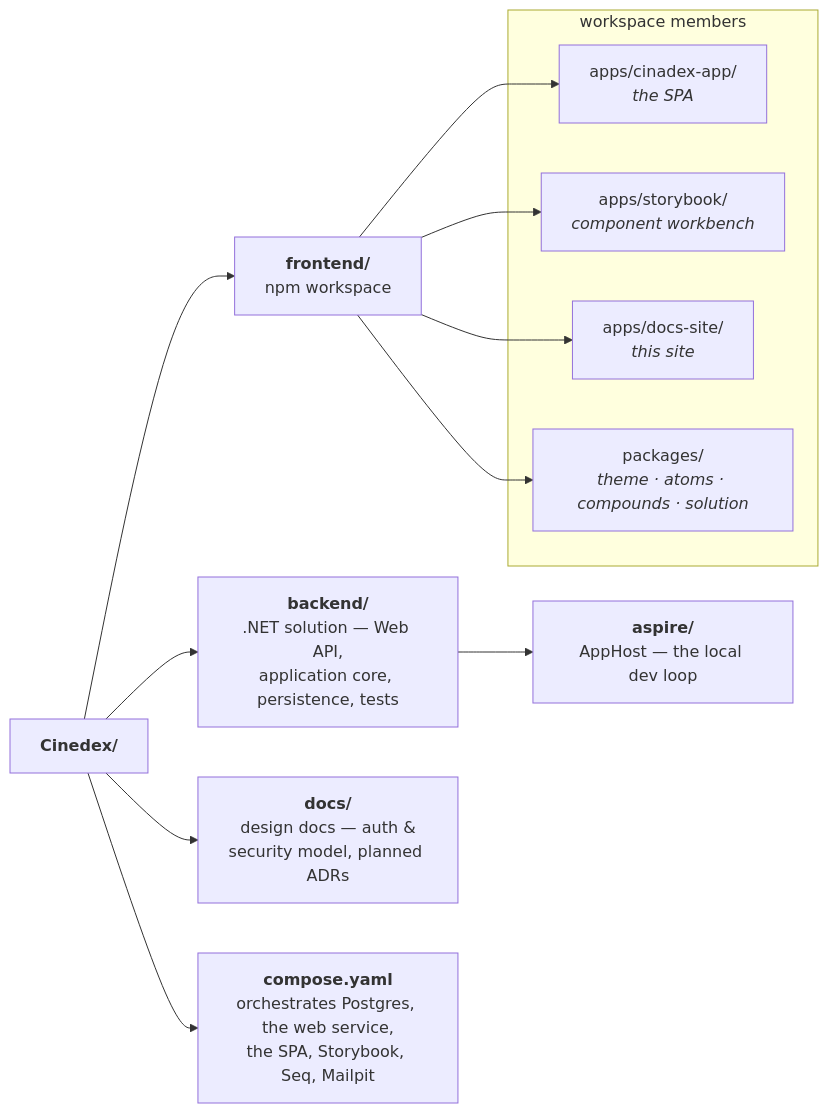
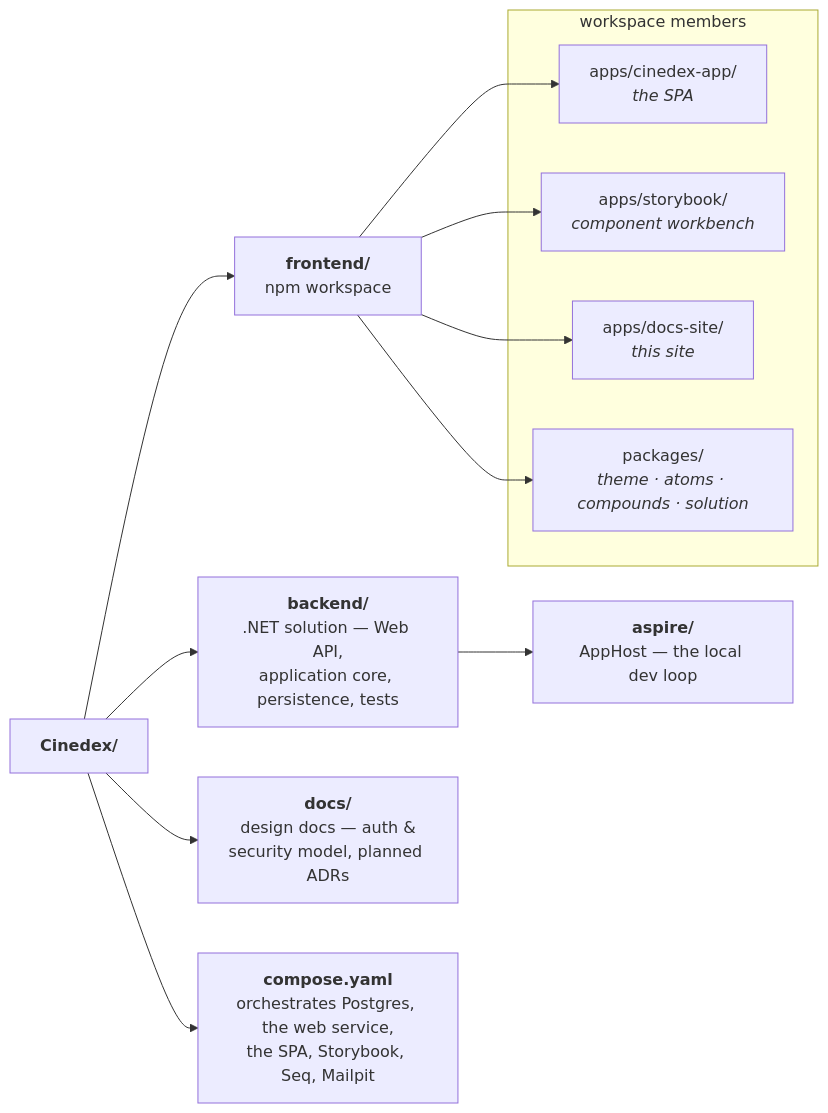
Before and after one commit to felipedferreira/Cinedex: the diagram in frontend/apps/docs-site/docs/features/overview.md, drawn with Mermaid. The commit also changed 67 other files, not shown here.

Commit message:
fix(spelling): rename cinadex-app to cinedex-app and fix typos repo-wide (#63)

````diff
--- a/frontend/apps/docs-site/docs/features/overview.md
+++ b/frontend/apps/docs-site/docs/features/overview.md
@@ -19,23 +19,23 @@
 ```mermaid
 flowchart LR
     ROOT["<b>Cinedex/</b>"]
 
     ROOT --> BE["<b>backend/</b><br/>.NET solution — Web API,<br/>application core, persistence, tests"]
     ROOT --> FE["<b>frontend/</b><br/>npm workspace"]
     ROOT --> DOCS["<b>docs/</b><br/>design docs — auth &amp;<br/>security model, planned ADRs"]
     ROOT --> COMPOSE["<b>compose.yaml</b><br/>orchestrates Postgres, the web service,<br/>the SPA, Storybook, Seq, Mailpit"]
 
     BE --> ASP["<b>aspire/</b><br/>AppHost — the local dev loop"]
 
     subgraph workspace ["workspace members"]
-        APP["apps/cinadex-app/<br/><i>the SPA</i>"]
+        APP["apps/cinedex-app/<br/><i>the SPA</i>"]
         SB["apps/storybook/<br/><i>component workbench</i>"]
         DS["apps/docs-site/<br/><i>this site</i>"]
         COMP["packages/<br/><i>theme · atoms · compounds · solution</i>"]
     end
 
     FE --> APP
     FE --> SB
     FE --> DS
     FE --> COMP
 ```
````
